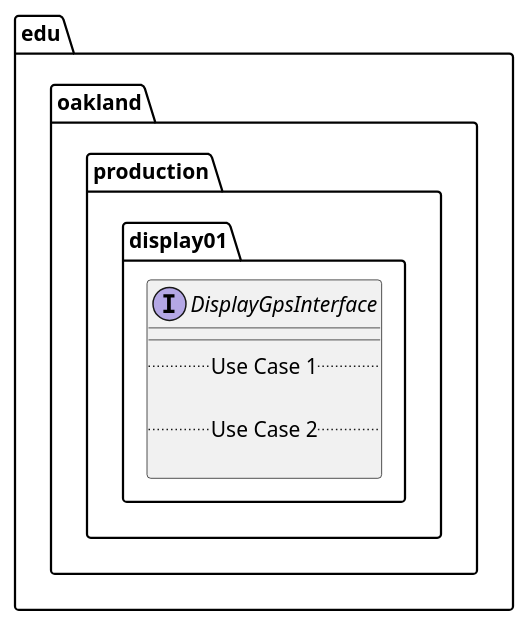
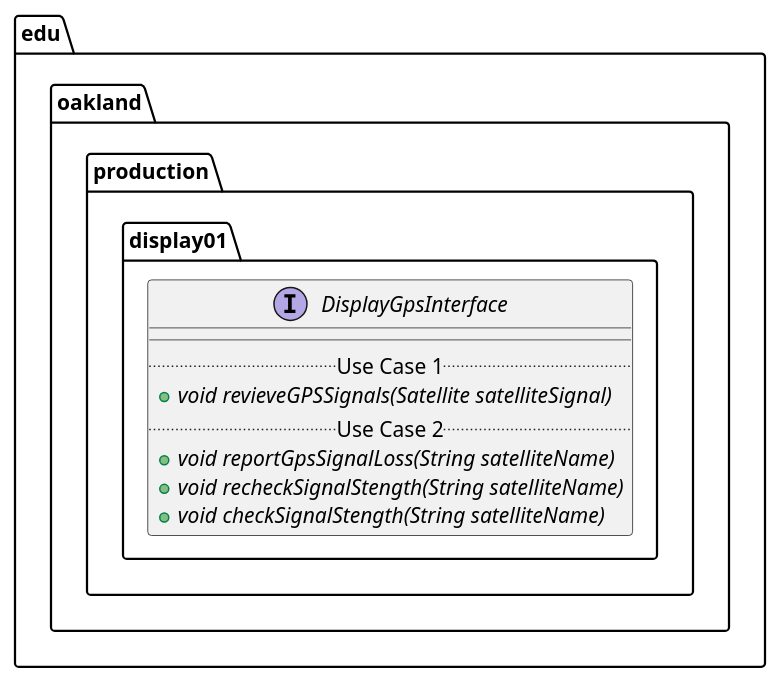
Before and after one commit to elilley15/csi-3370-software-project: the diagram in docs/uml-class-diagrams/display01/production/DisplayGpsInterface/DisplayGpsInterface.puml, drawn with PlantUML. The commit also changed 2 other files, not shown here.

Commit message:
[Display_01] Update Display_01 Public Interface UML Class Diagrams (#16)
* Update DisplayGpsInterface.puml

Adding public methods

* Update DisplayGpsReceiver.puml (#17)

added displayGPSReciever Public Methods

* Update DisplayGpsManager.puml (#18)

added public methods

```diff
--- a/docs/uml-class-diagrams/display01/production/DisplayGpsInterface/DisplayGpsInterface.puml
+++ b/docs/uml-class-diagrams/display01/production/DisplayGpsInterface/DisplayGpsInterface.puml
@@ -1,13 +1,15 @@
 @startuml DisplayGpsInterface
 
 package edu.oakland.production.display01 {
     interface DisplayGpsInterface {
         __
         .. Use Case 1 ..
-
+        {abstract} + void revieveGPSSignals(Satellite satelliteSignal)
         .. Use Case 2 ..
-
+        {abstract} + void reportGpsSignalLoss(String satelliteName)
+        {abstract} + void recheckSignalStength(String satelliteName)
+        {abstract} + void checkSignalStength(String satelliteName)
     }
 }
 
 @enduml
```
